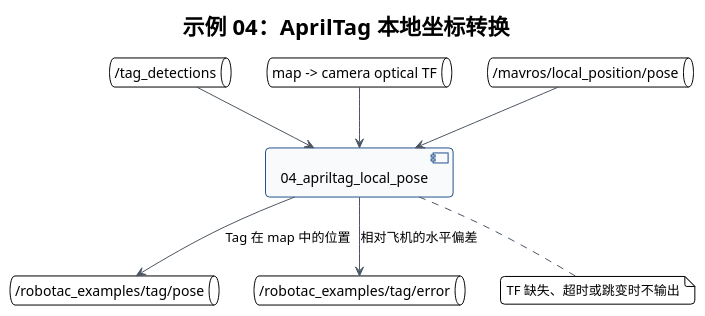
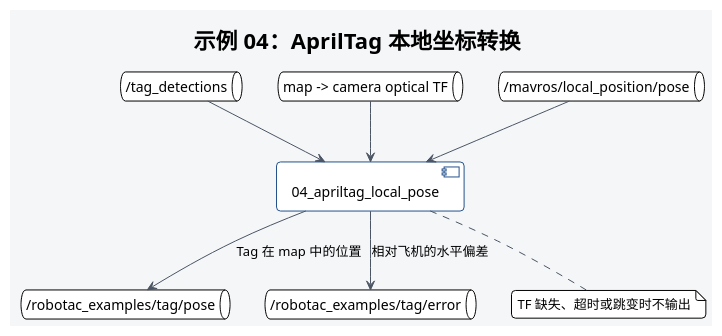
The diagram in docs/diagrams/tutorial-04-apriltag-local-pose.puml (6hao666/robotac), drawn with PlantUML before and after one commit. The commit also changed 51 other files, not shown here.

Commit message:
docs: standardize PlantUML diagram layout

```diff
--- a/docs/diagrams/tutorial-04-apriltag-local-pose.puml
+++ b/docs/diagrams/tutorial-04-apriltag-local-pose.puml
@@ -1,23 +1,23 @@
 @startuml
 !theme plain
-skinparam backgroundColor transparent
+skinparam backgroundColor #F4F6F8
 skinparam shadowing false
 skinparam roundcorner 8
 skinparam defaultFontName SansSerif
 skinparam ArrowColor #4B5563
-skinparam componentBackgroundColor #F8FAFC
+skinparam componentBackgroundColor #FFFFFF
 skinparam componentBorderColor #24528C
 title 示例 04：AprilTag 本地坐标转换
 queue "/tag_detections" as detections
 queue "map -> camera optical TF" as tf
 queue "/mavros/local_position/pose" as local
 component "04_apriltag_local_pose" as example
 queue "/robotac_examples/tag/pose" as pose
 queue "/robotac_examples/tag/error" as error
 detections --> example
 tf --> example
 local --> example
 example --> pose : Tag 在 map 中的位置
 example --> error : 相对飞机的水平偏差
 note bottom of example : TF 缺失、超时或跳变时不输出
 @enduml
```
